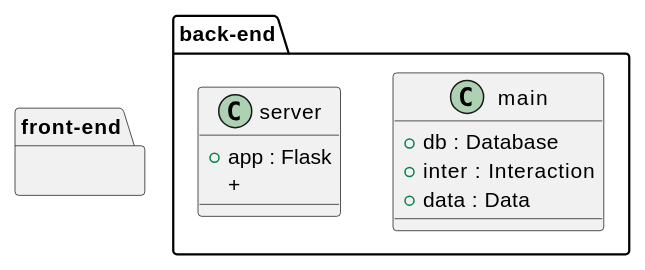
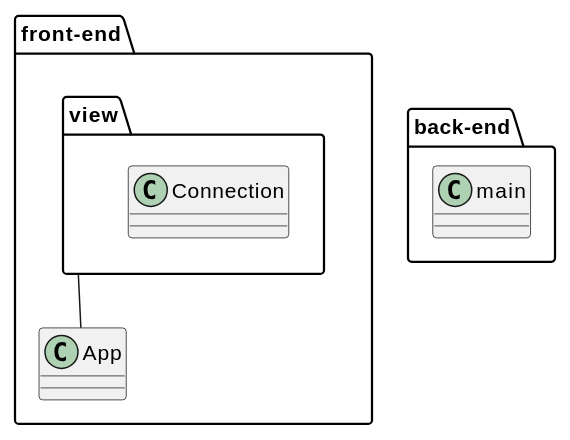
One commit to Nami-R2301/INM5151-Class_Meet changed the diagram in diagrammes_classes/diag_c_sprint1.md. Above: the diagram before and after it, drawn with PlantUML. The commit also changed 1 other file, not shown here.

```diff
--- a/diagrammes_classes/diag_c_sprint1.md
+++ b/diagrammes_classes/diag_c_sprint1.md
@@ -1,15 +1,16 @@
 @startuml
+allow_mixing
 package front-end {
+class App
+    package view {
+        class Connection
+    }
+}
+view -- App
+package back-end {
+    class main 
+}
 
-}
-package back-end {
-    class main {
-        + db : Database
-        + inter : Interaction
-        + data : Data
-}
-class server {
-    + app : Flask
-    + 
-}
+
+
 @enduml
```
